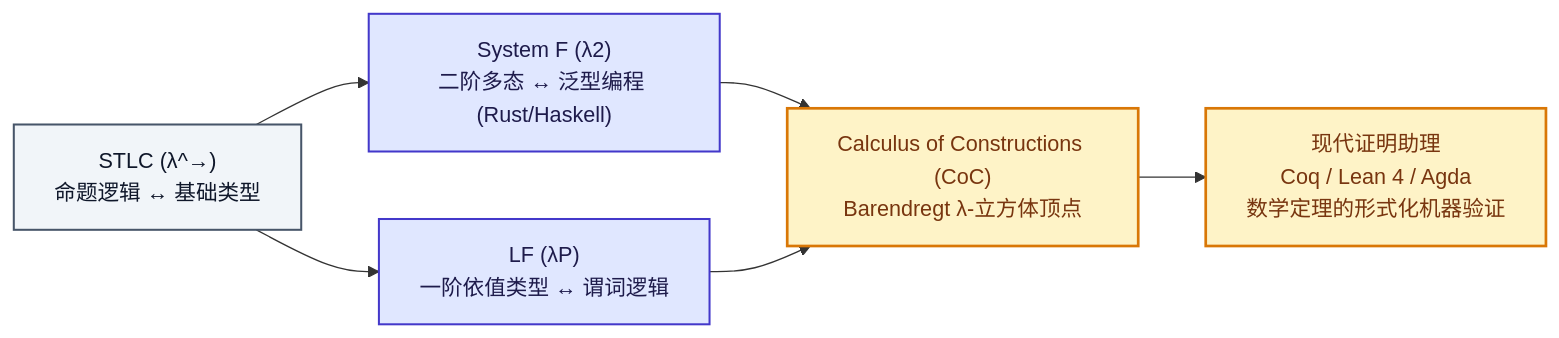
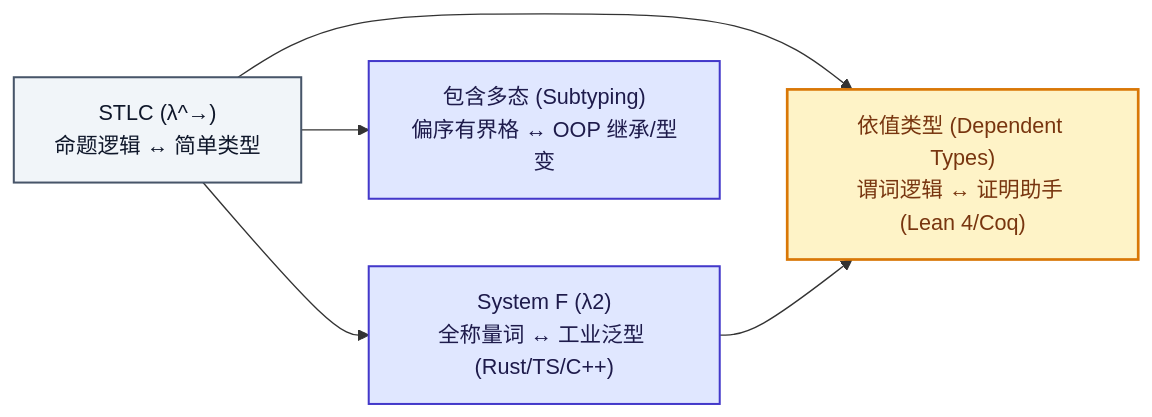
The third of 3 diagrams in src/content/posts/type-systems/simply-typed-lambda-calculus.mdx (jihaohaaaa/gfxvis), drawn with Mermaid before and after one commit. The commit also changed other lines of this file and 6 other files, not shown here.

Commit message:
feat(content): add subtype and variance article, interactive diagram, and E2E tests

````diff
--- a/src/content/posts/type-systems/simply-typed-lambda-calculus.mdx
+++ b/src/content/posts/type-systems/simply-typed-lambda-calculus.mdx
@@ -346,12 +434,11 @@
 ```mermaid
 graph LR
     classDef base fill:#f1f5f9,stroke:#475569,stroke-width:1.5px,color:#0f172a;
     classDef mid fill:#e0e7ff,stroke:#4338ca,stroke-width:1.5px,color:#1e1b4b;
     classDef top fill:#fef3c7,stroke:#d97706,stroke-width:2px,color:#78350f;
 
-    STLC["STLC (λ^→)<br/>命题逻辑 ↔ 基础类型"]:::base --> SystemF["System F (λ2)<br/>二阶多态 ↔ 泛型编程 (Rust/Haskell)"]:::mid
-    STLC --> LF["LF (λP)<br/>一阶依值类型 ↔ 谓词逻辑"]:::mid
-    SystemF --> CC["Calculus of Constructions (CoC)<br/>Barendregt λ-立方体顶点"]:::top
-    LF --> CC
-    CC --> Provers["现代证明助理<br/>Coq / Lean 4 / Agda<br/>数学定理的形式化机器验证"]:::top
+    STLC["STLC (λ^→)<br/>命题逻辑 ↔ 简单类型"]:::base --> SystemF["System F (λ2)<br/>全称量词 ↔ 工业泛型 (Rust/TS/C++)"]:::mid
+    STLC --> Subtyping["包含多态 (Subtyping)<br/>偏序有界格 ↔ OOP 继承/型变"]:::mid
+    STLC --> Dependent["依值类型 (Dependent Types)<br/>谓词逻辑 ↔ 证明助手 (Lean 4/Coq)"]:::top
+    SystemF --> Dependent
 ```
````
